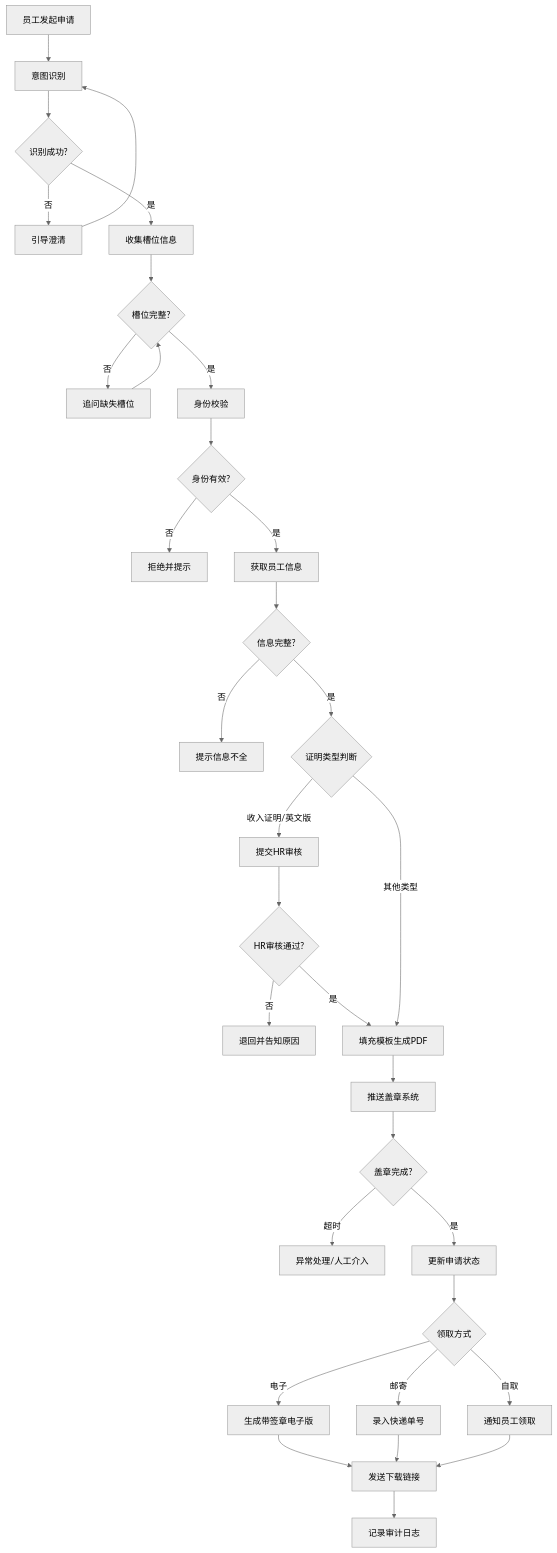
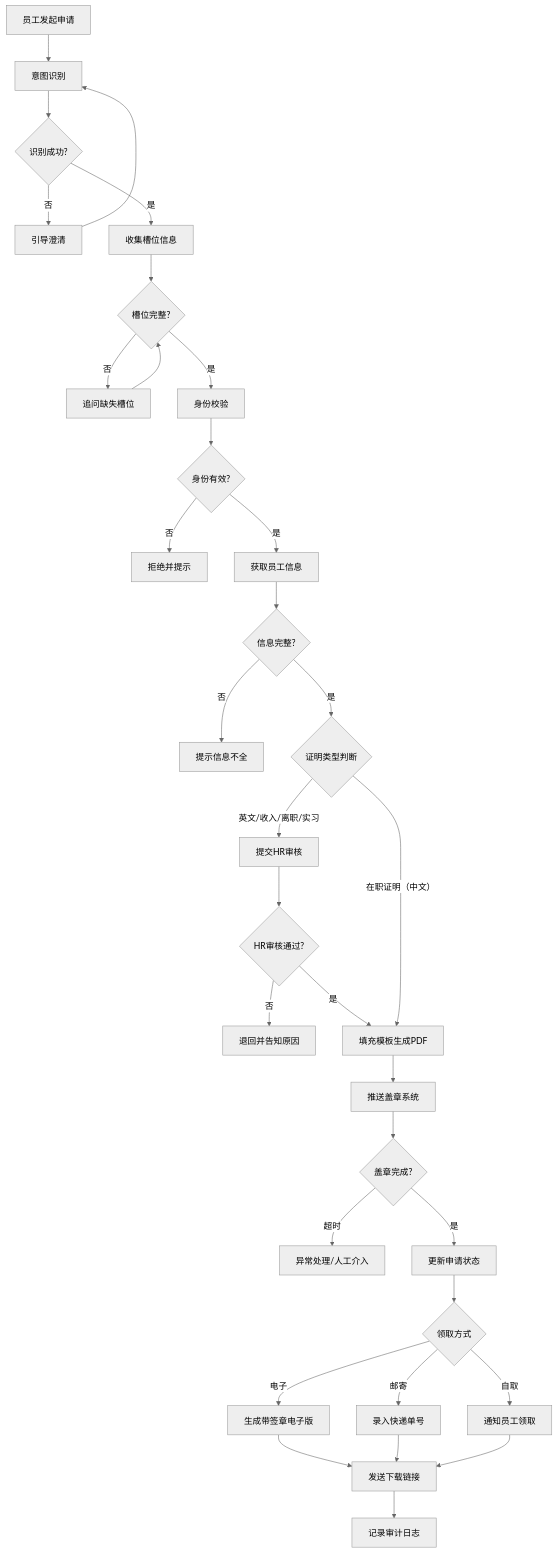
The diagram in docs/scenarios/06-证明开具.md (pretextQ/admin-agent), drawn with Mermaid (neutral theme) before and after one commit. The commit also changed other lines of this file and 10 other files, not shown here.

````diff
--- a/docs/scenarios/06-证明开具.md
+++ b/docs/scenarios/06-证明开具.md
@@ -68,35 +68,35 @@
 ```mermaid
 flowchart TD
     A[员工发起申请] --> B[意图识别]
     B --> C{识别成功?}
     C -->|否| D[引导澄清]
     D --> B
     C -->|是| E[收集槽位信息]
     E --> F{槽位完整?}
     F -->|否| G[追问缺失槽位]
     G --> F
     F -->|是| H[身份校验]
     H --> I{身份有效?}
     I -->|否| J[拒绝并提示]
     I -->|是| K[获取员工信息]
     K --> L{信息完整?}
     L -->|否| M[提示信息不全]
     L -->|是| N{证明类型判断}
-    N -->|收入证明/英文版| O[提交HR审核]
+    N -->|英文/收入/离职/实习| O[提交HR审核]
     O --> P{HR审核通过?}
     P -->|否| Q[退回并告知原因]
     P -->|是| R[填充模板生成PDF]
-    N -->|其他类型| R
+    N -->|在职证明（中文）| R
     R --> S[推送盖章系统]
     S --> T{盖章完成?}
     T -->|超时| U[异常处理/人工介入]
     T -->|是| V[更新申请状态]
     V --> W{领取方式}
     W -->|自取| X[通知员工领取]
     W -->|邮寄| Y[录入快递单号]
     W -->|电子| Z[生成带签章电子版]
     Z --> AA[发送下载链接]
     Y --> AA
     X --> AA
     AA --> AB[记录审计日志]
 ```
````
